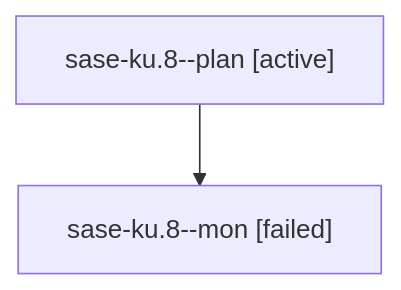
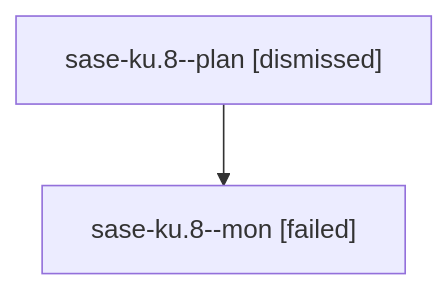
The diagram in sessions/bbugyi200.athena.sase-ku.8.md (sase-org/sase--agents), drawn with Mermaid before and after one commit. The commit also changed other lines of this file and 142 other files, not shown here.

````diff
--- a/sessions/bbugyi200.athena.sase-ku.8.md
+++ b/sessions/bbugyi200.athena.sase-ku.8.md
@@ -9,6 +9,6 @@
 ```mermaid
 flowchart TD
-  n0["sase-ku.8--plan [active]"]
+  n0["sase-ku.8--plan [dismissed]"]
   n1["sase-ku.8--mon [failed]"]
   n0 --> n1
 ```
````
